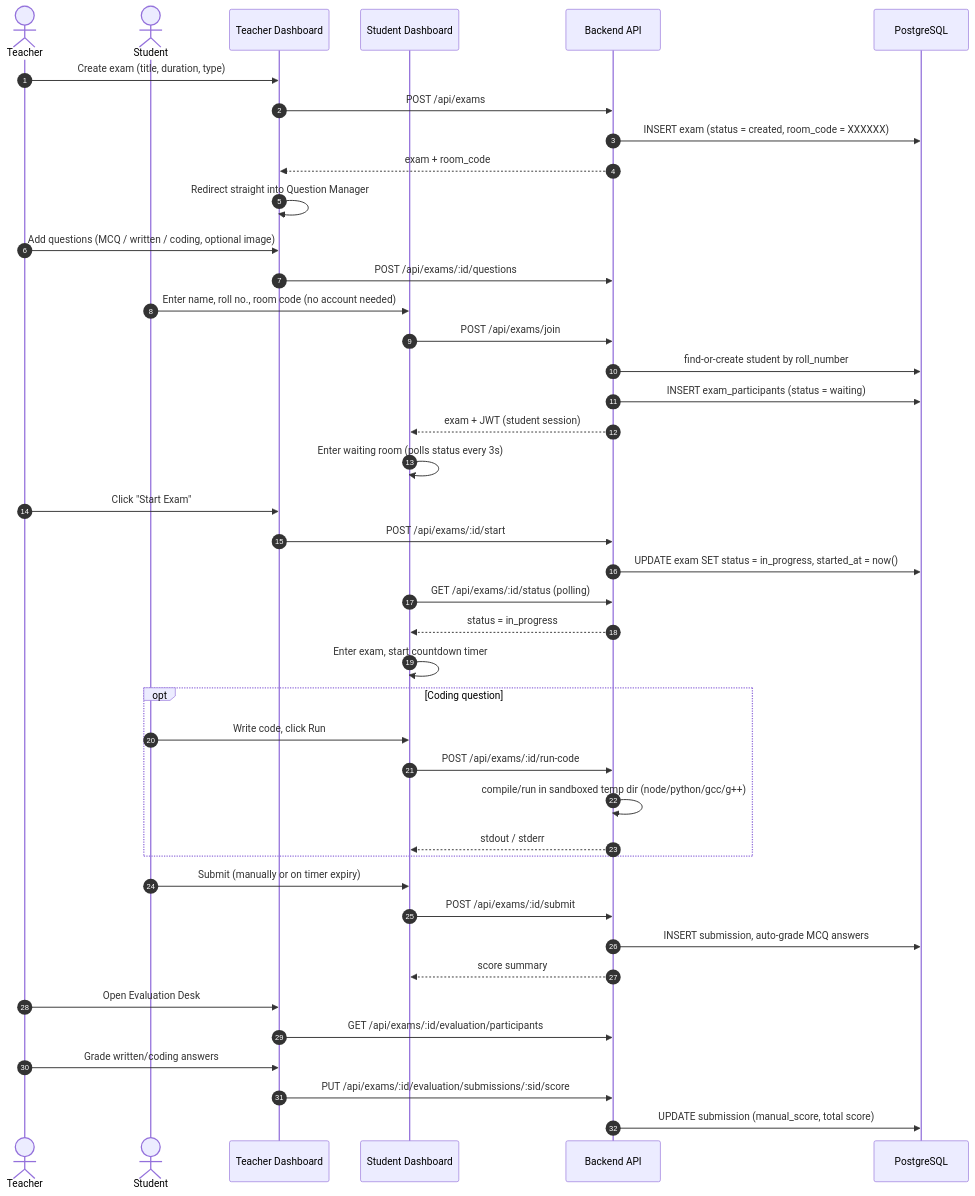
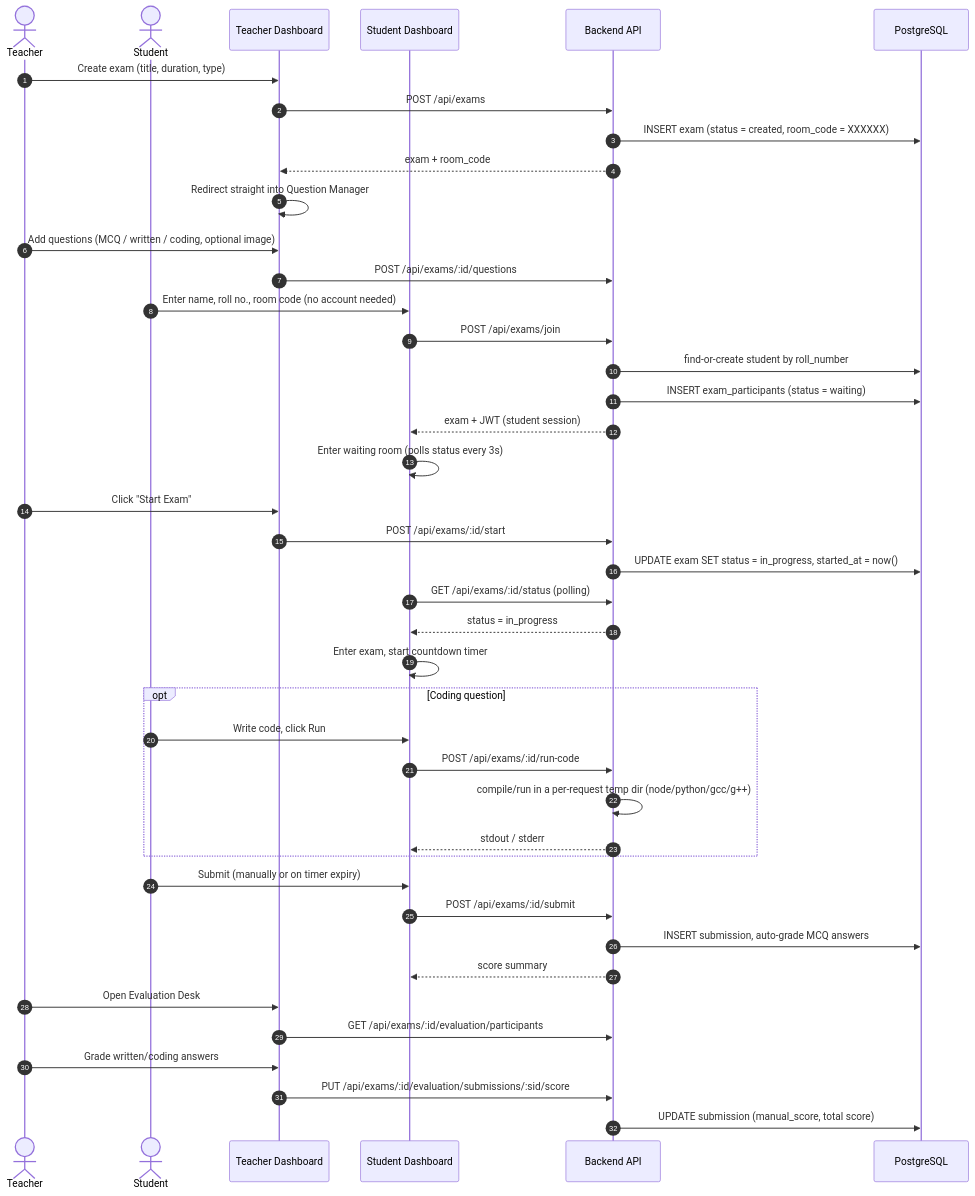
Before and after one commit to Nafiz001/secure-exam-desktop-app: the second of 2 diagrams in README.md, drawn with Mermaid. The commit also changed other lines of this file and 9 other files, not shown here.

````diff
--- a/README.md
+++ b/README.md
@@ -126,51 +126,51 @@
 ```mermaid
 sequenceDiagram
     autonumber
     actor T as Teacher
     actor S as Student
     participant UI_T as Teacher Dashboard
     participant UI_S as Student Dashboard
     participant API as Backend API
     participant DB as PostgreSQL
 
     T->>UI_T: Create exam (title, duration, type)
     UI_T->>API: POST /api/exams
     API->>DB: INSERT exam (status = created, room_code = XXXXXX)
     API-->>UI_T: exam + room_code
     UI_T->>UI_T: Redirect straight into Question Manager
     T->>UI_T: Add questions (MCQ / written / coding, optional image)
     UI_T->>API: POST /api/exams/:id/questions
 
     S->>UI_S: Enter name, roll no., room code (no account needed)
     UI_S->>API: POST /api/exams/join
     API->>DB: find-or-create student by roll_number
     API->>DB: INSERT exam_participants (status = waiting)
     API-->>UI_S: exam + JWT (student session)
     UI_S->>UI_S: Enter waiting room (polls status every 3s)
 
     T->>UI_T: Click "Start Exam"
     UI_T->>API: POST /api/exams/:id/start
     API->>DB: UPDATE exam SET status = in_progress, started_at = now()
 
     UI_S->>API: GET /api/exams/:id/status (polling)
     API-->>UI_S: status = in_progress
     UI_S->>UI_S: Enter exam, start countdown timer
 
     opt Coding question
         S->>UI_S: Write code, click Run
         UI_S->>API: POST /api/exams/:id/run-code
-        API->>API: compile/run in sandboxed temp dir (node/python/gcc/g++)
+        API->>API: compile/run in a per-request temp dir (node/python/gcc/g++)
         API-->>UI_S: stdout / stderr
     end
 
     S->>UI_S: Submit (manually or on timer expiry)
     UI_S->>API: POST /api/exams/:id/submit
     API->>DB: INSERT submission, auto-grade MCQ answers
     API-->>UI_S: score summary
 
     T->>UI_T: Open Evaluation Desk
     UI_T->>API: GET /api/exams/:id/evaluation/participants
     T->>UI_T: Grade written/coding answers
     UI_T->>API: PUT /api/exams/:id/evaluation/submissions/:sid/score
     API->>DB: UPDATE submission (manual_score, total score)
 ```
````
